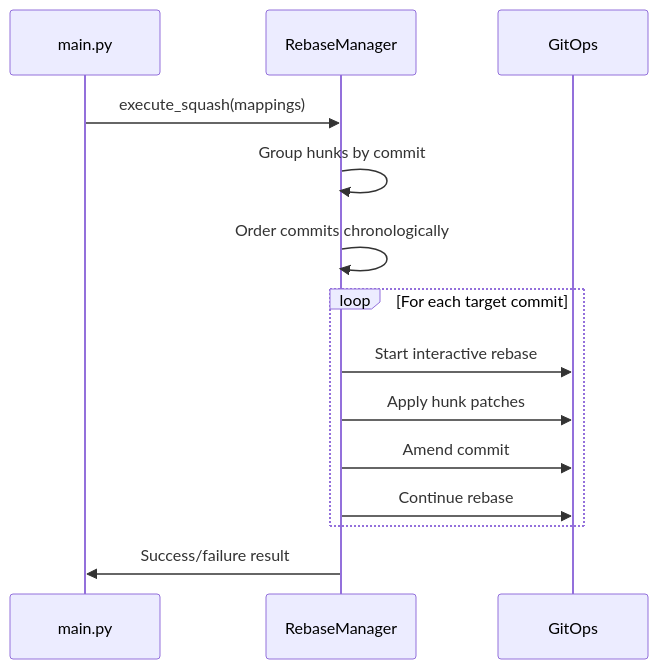
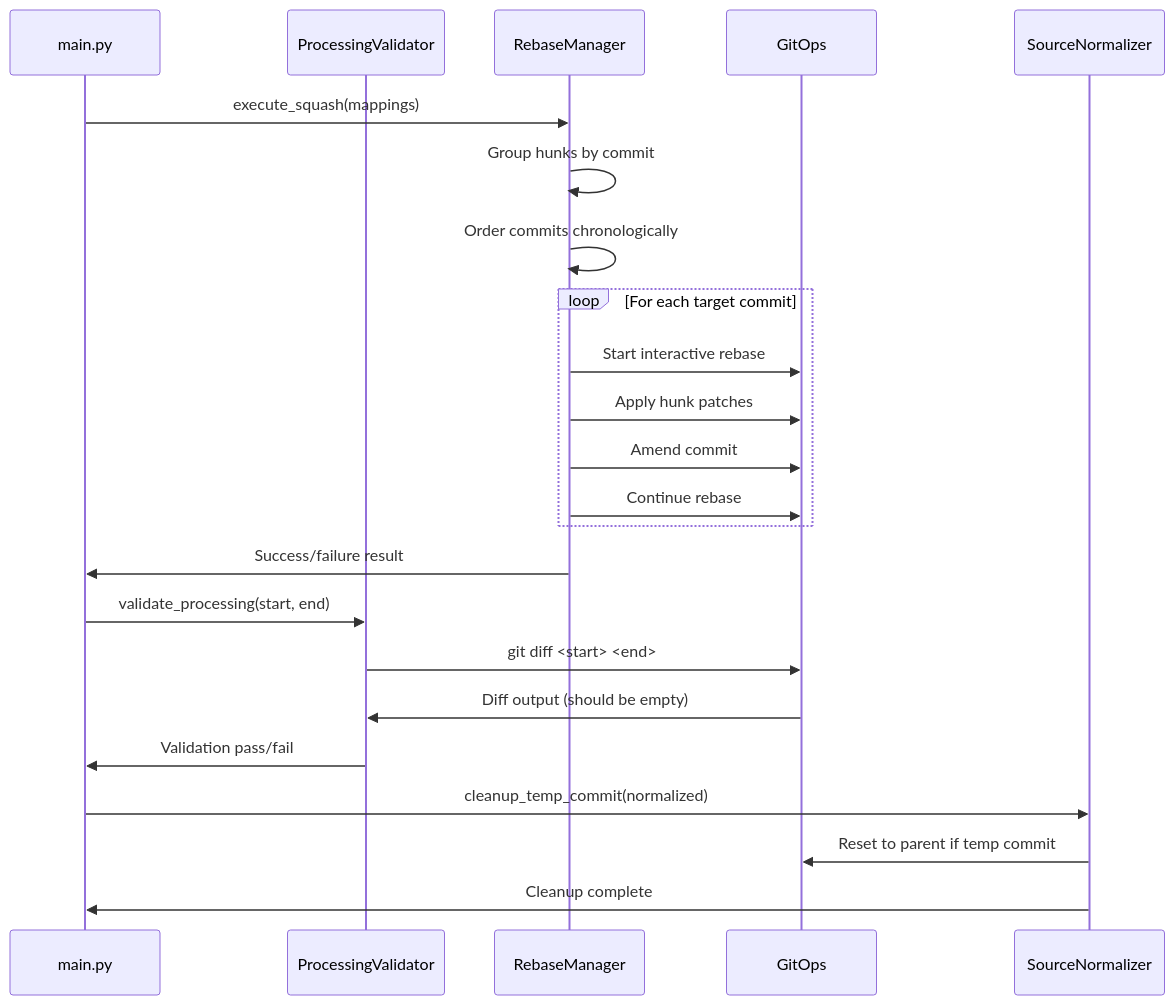
The sixth of 6 diagrams in docs/technical/architecture.md (andrewleech/git-autosquash), drawn with Mermaid before and after one commit. The commit also changed other lines of this file and 5 other files, not shown here.

````diff
--- a/docs/technical/architecture.md
+++ b/docs/technical/architecture.md
@@ -222,17 +284,26 @@
 ```mermaid
 sequenceDiagram
     participant CLI as main.py
+    participant Validator as ProcessingValidator
     participant Rebase as RebaseManager
     participant Git as GitOps
-    
+    participant Normalizer as SourceNormalizer
+
     CLI->>Rebase: execute_squash(mappings)
     Rebase->>Rebase: Group hunks by commit
     Rebase->>Rebase: Order commits chronologically
     loop For each target commit
         Rebase->>Git: Start interactive rebase
         Rebase->>Git: Apply hunk patches
         Rebase->>Git: Amend commit
         Rebase->>Git: Continue rebase
     end
     Rebase->>CLI: Success/failure result
+    CLI->>Validator: validate_processing(start, end)
+    Validator->>Git: git diff <start> <end>
+    Git->>Validator: Diff output (should be empty)
+    Validator->>CLI: Validation pass/fail
+    CLI->>Normalizer: cleanup_temp_commit(normalized)
+    Normalizer->>Git: Reset to parent if temp commit
+    Normalizer->>CLI: Cleanup complete
 ```
````
